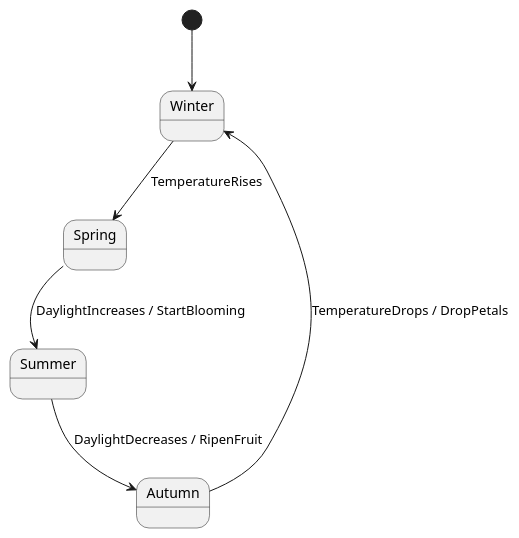
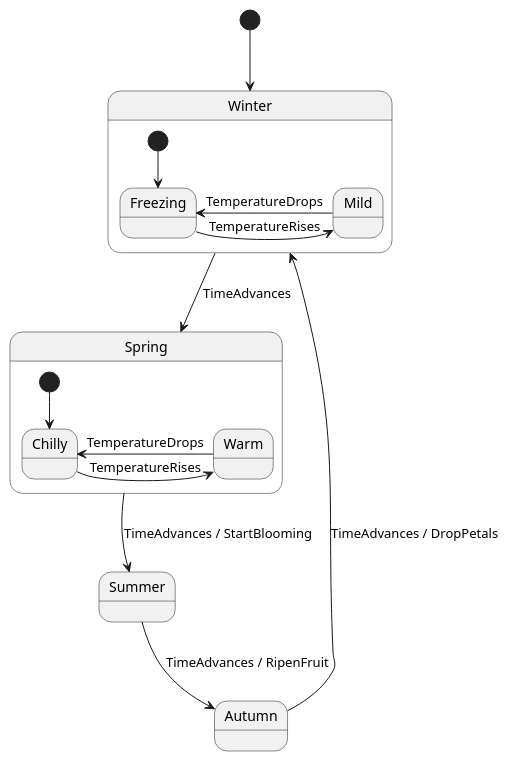
One commit to TobTheRock/phytofsm changed the diagram in README.md. Above: the diagram before and after it, drawn with PlantUML. The commit also changed other lines of this file and 1 other file, not shown here.

````diff
--- a/README.md
+++ b/README.md
@@ -87,16 +92,28 @@
 ```puml
-@startuml PlantFsm 
+@startuml PlantFsm
 
-state Winter 
-state Spring
-state Summer
-state Autumn
+state Winter {
+  state Freezing
+  state Mild
+
+  [*] --> Freezing
+  Freezing -> Mild: TemperatureRises
+  Mild -> Freezing: TemperatureDrops
+}
+
+state Spring {
+  state Chilly
+  state Warm
+  [*] --> Chilly
+  Chilly -> Warm: TemperatureRises
+  Warm -> Chilly: TemperatureDrops
+}
 
 [*] --> Winter
-Winter --> Spring : TemperatureRises
-Spring --> Summer : DaylightIncreases / StartBlooming
-Summer --> Autumn : DaylightDecreases / RipenFruit
-Autumn --> Winter : TemperatureDrops / DropPetals 
+Winter --> Spring : TimeAdvances
+Spring --> Summer : TimeAdvances / StartBlooming
+Summer --> Autumn : TimeAdvances / RipenFruit
+Autumn --> Winter : TimeAdvances / DropPetals
 
 @enduml
 ```
````
